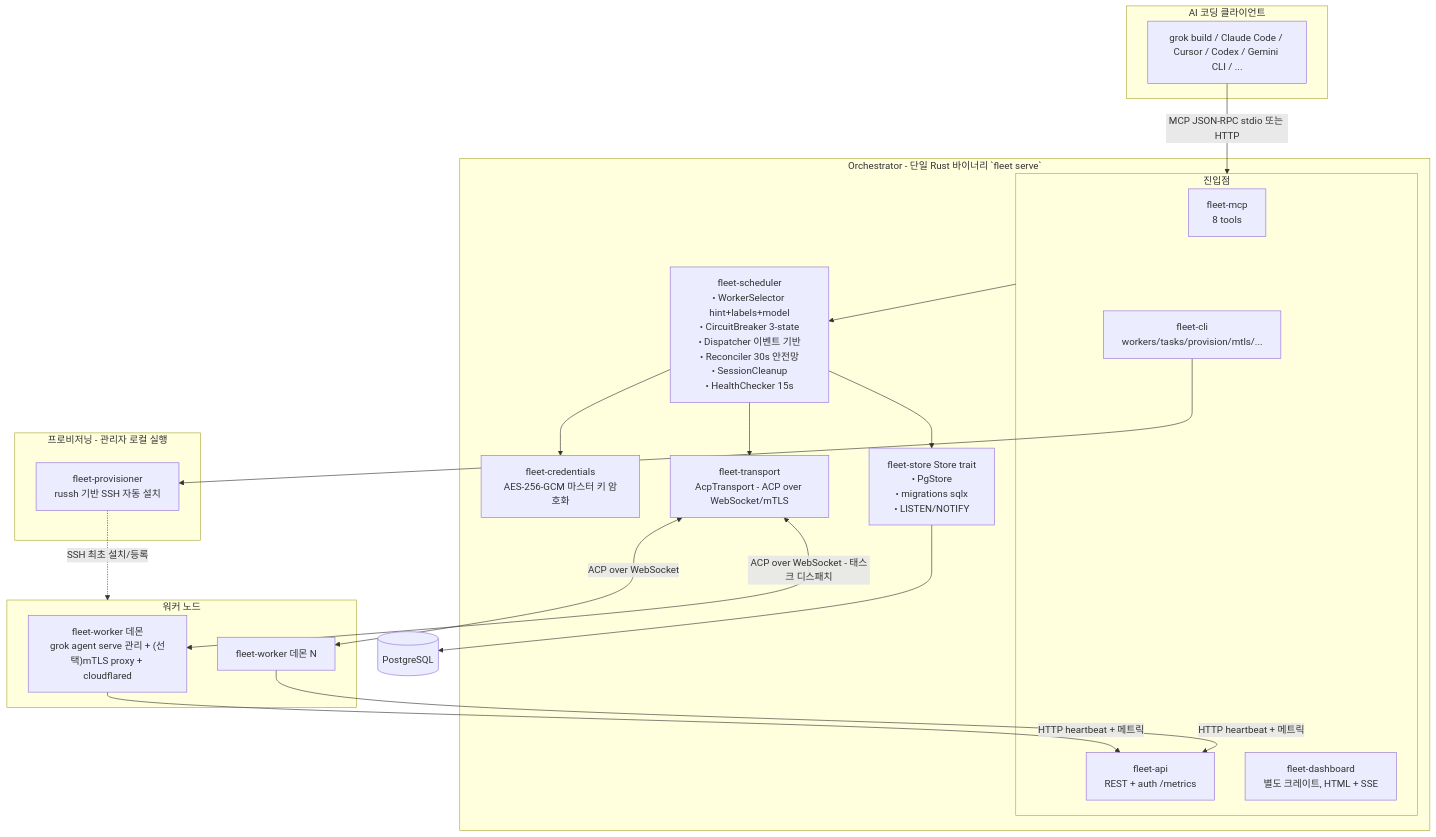
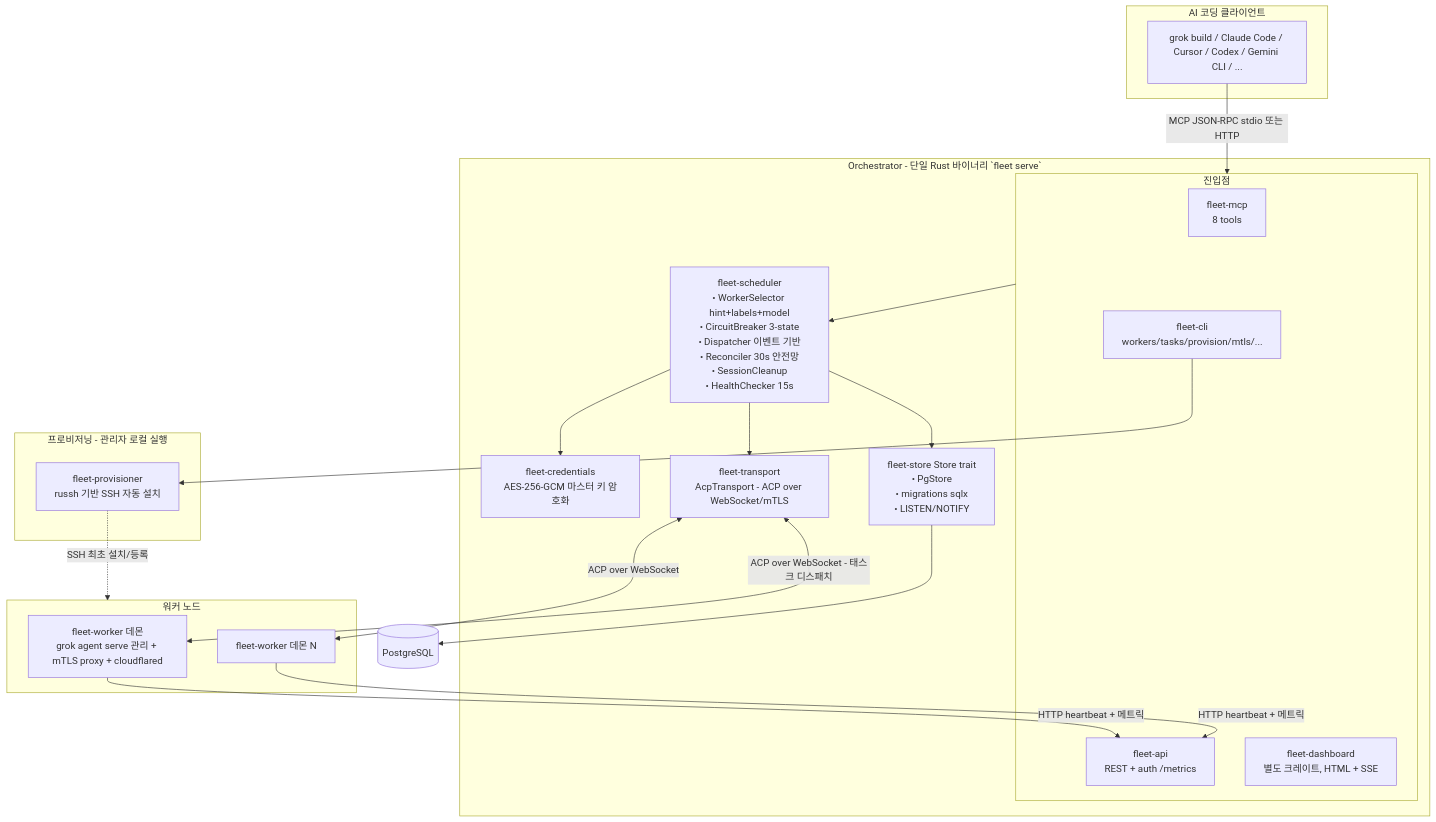
The diagram in docs/assets/diagrams/architecture/system-architecture-flow.mermaid (yarang/grok-fleet-orchestrator), drawn with Mermaid before and after one commit. The commit also changed 4 other files, not shown here.

```diff
--- a/docs/assets/diagrams/architecture/system-architecture-flow.mermaid
+++ b/docs/assets/diagrams/architecture/system-architecture-flow.mermaid
@@ -1,44 +1,44 @@
 graph TD
     subgraph Clients [AI 코딩 클라이언트]
         Client[grok build / Claude Code / Cursor / Codex / Gemini CLI / ...]
     end
 
     subgraph Orchestrator [Orchestrator - 단일 Rust 바이너리 `fleet serve`]
         subgraph Components [진입점]
             MCP[fleet-mcp<br/>8 tools]
             API[fleet-api<br/>REST + auth /metrics]
             Dash[fleet-dashboard<br/>별도 크레이트, HTML + SSE]
             CLI[fleet-cli<br/>workers/tasks/provision/mtls/...]
         end
 
         Scheduler[fleet-scheduler<br/>• WorkerSelector hint+labels+model<br/>• CircuitBreaker 3-state<br/>• Dispatcher 이벤트 기반<br/>• Reconciler 30s 안전망<br/>• SessionCleanup<br/>• HealthChecker 15s]
         Transport[fleet-transport<br/>AcpTransport - ACP over WebSocket/mTLS]
         Credentials[fleet-credentials<br/>AES-256-GCM 마스터 키 암호화]
         Store[fleet-store Store trait<br/>• PgStore<br/>• migrations sqlx<br/>• LISTEN/NOTIFY]
 
         Components --> Scheduler
         Scheduler --> Store
         Scheduler --> Transport
         Scheduler --> Credentials
     end
 
     DB[(PostgreSQL)]
 
     Client -->|MCP JSON-RPC stdio 또는 HTTP| Components
     Store --> DB
 
     subgraph Provisioning [프로비저닝 - 관리자 로컬 실행]
         Provisioner[fleet-provisioner<br/>russh 기반 SSH 자동 설치]
     end
     CLI --> Provisioner
 
     subgraph Workers [워커 노드]
-        WorkerA["fleet-worker 데몬<br/>grok agent serve 관리 + (선택)mTLS proxy + cloudflared"]
+        WorkerA["fleet-worker 데몬<br/>grok agent serve 관리 + mTLS proxy + cloudflared"]
         WorkerN[fleet-worker 데몬 N]
     end
 
     Provisioner -.->|SSH 최초 설치/등록| Workers
     Transport <-->|ACP over WebSocket - 태스크 디스패치| WorkerA
     Transport <-->|ACP over WebSocket| WorkerN
     WorkerA -->|HTTP heartbeat + 메트릭| API
     WorkerN -->|HTTP heartbeat + 메트릭| API
```
